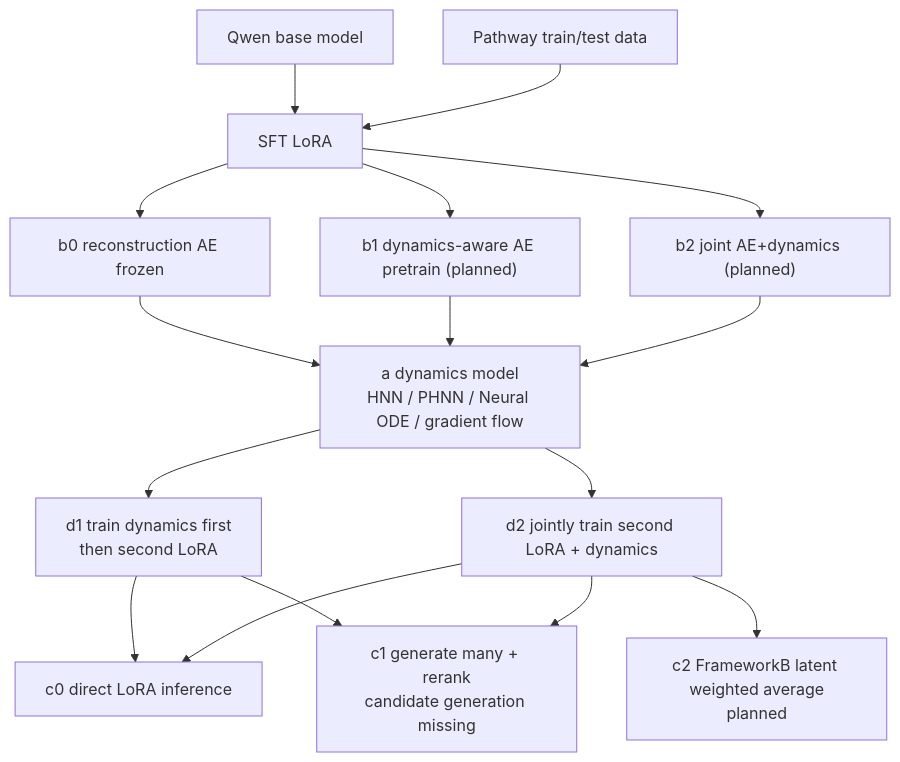
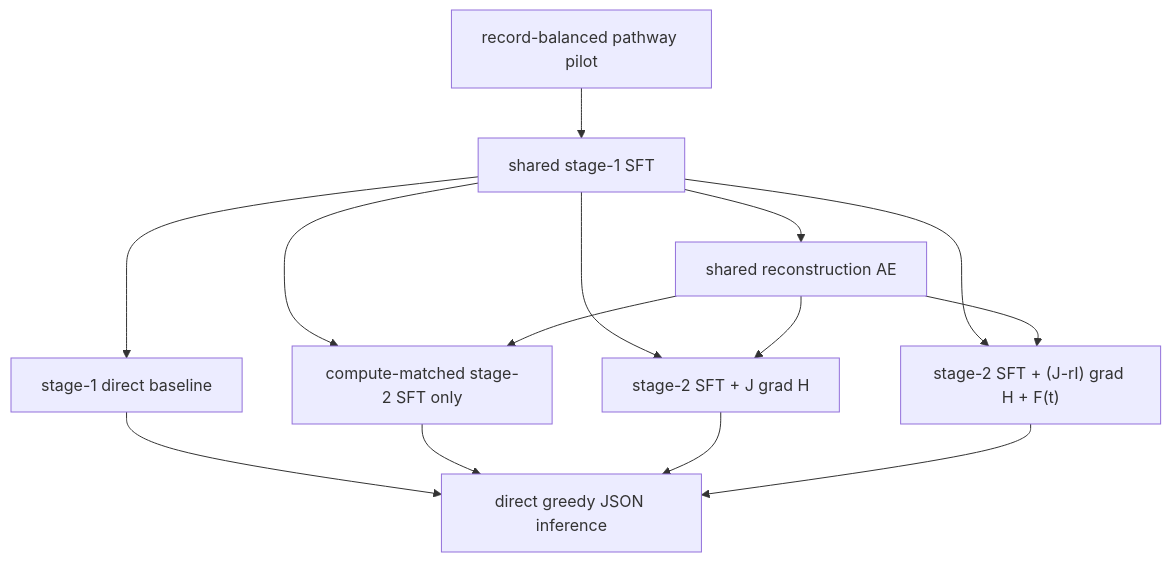
The diagram in experiments/TRAINING_MATRIX.md (KingofLaniakea/ChatPathway2), drawn with Mermaid before and after one commit. The commit also changed other lines of this file and 97 other files, not shown here.

````diff
--- a/experiments/TRAINING_MATRIX.md
+++ b/experiments/TRAINING_MATRIX.md
@@ -17,31 +3,16 @@
 ```mermaid
 flowchart TD
-  base["Qwen base model"]
-  data["Pathway train/test data"]
-  sft["SFT LoRA"]
-  ae0["b0 reconstruction AE frozen"]
-  ae1["b1 dynamics-aware AE pretrain (planned)"]
-  ae2["b2 joint AE+dynamics (planned)"]
-  dyn["a dynamics model\nHNN / PHNN / Neural ODE / gradient flow"]
-  d1["d1 train dynamics first\nthen second LoRA"]
-  d2["d2 jointly train second LoRA + dynamics"]
-  direct["c0 direct LoRA inference"]
-  rerank["c1 generate many + rerank\ncandidate generation missing"]
-  fwB["c2 FrameworkB latent weighted average\nplanned"]
-
-  base --> sft
-  data --> sft
-  sft --> ae0
-  sft --> ae1
-  sft --> ae2
-  ae0 --> dyn
-  ae1 --> dyn
-  ae2 --> dyn
-  dyn --> d1
-  dyn --> d2
-  d1 --> direct
-  d2 --> direct
-  d1 --> rerank
-  d2 --> rerank
-  d2 --> fwB
+  data["record-balanced pathway pilot"] --> sft["shared stage-1 SFT"]
+  sft --> ae["shared reconstruction AE"]
+  sft --> base["stage-1 direct baseline"]
+  sft --> s2["compute-matched stage-2 SFT only"]
+  ae --> s2
+  sft --> hnn["stage-2 SFT + J grad H"]
+  ae --> hnn
+  sft --> fdh["stage-2 SFT + (J-rI) grad H + F(t)"]
+  ae --> fdh
+  base --> direct["direct greedy JSON inference"]
+  s2 --> direct
+  hnn --> direct
+  fdh --> direct
 ```
````
